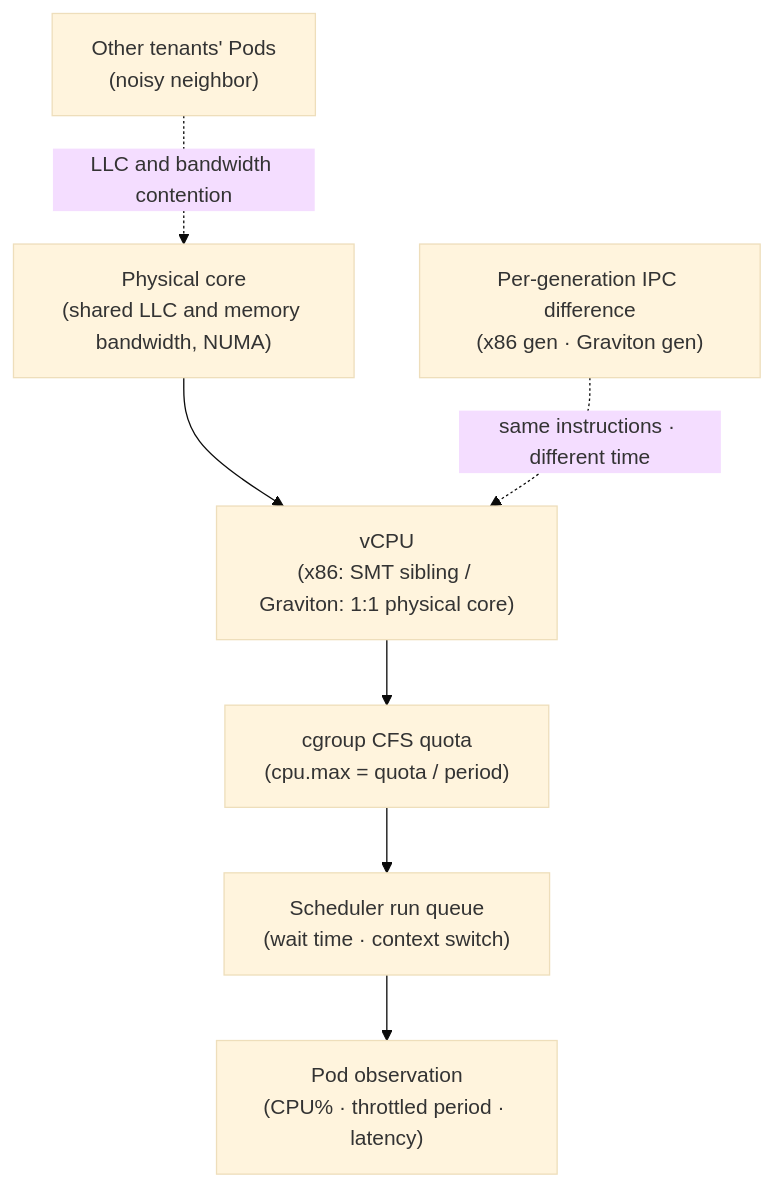
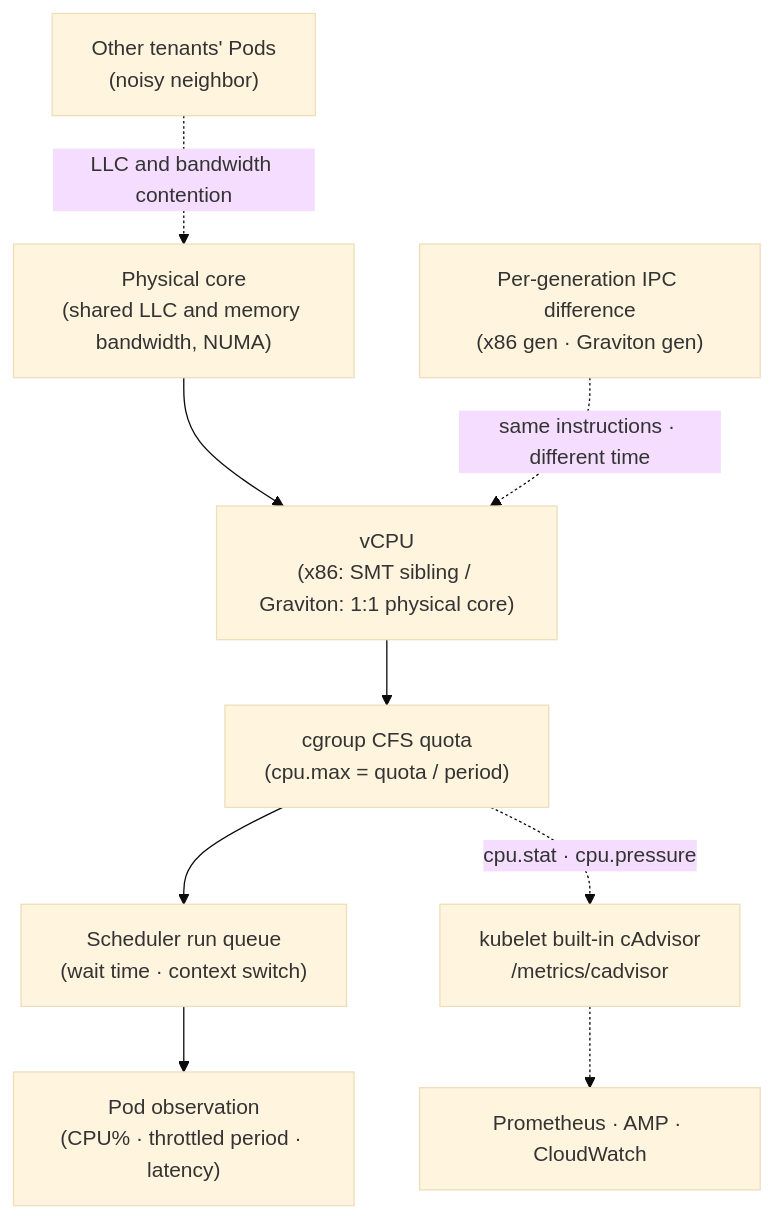
The diagram in i18n/en/docusaurus-plugin-content-docs/current/eks-best-practices/resource-cost/cpu-sizing-comparability.md (devfloor9/engineering-playbook), drawn with Mermaid (base theme) before and after one commit. The commit also changed other lines of this file and 3 other files, not shown here.

````diff
--- a/i18n/en/docusaurus-plugin-content-docs/current/eks-best-practices/resource-cost/cpu-sizing-comparability.md
+++ b/i18n/en/docusaurus-plugin-content-docs/current/eks-best-practices/resource-cost/cpu-sizing-comparability.md
@@ -48,9 +51,11 @@
 ```mermaid
 flowchart TB
     PC["Physical core<br/>(shared LLC and memory bandwidth, NUMA)"] --> VCPU["vCPU<br/>(x86: SMT sibling / Graviton: 1:1 physical core)"]
     VCPU --> CG["cgroup CFS quota<br/>(cpu.max = quota / period)"]
     CG --> RQ["Scheduler run queue<br/>(wait time · context switch)"]
     RQ --> OBS["Pod observation<br/>(CPU% · throttled period · latency)"]
     NOISE["Other tenants' Pods<br/>(noisy neighbor)"] -.->|LLC and bandwidth contention| PC
     IPC["Per-generation IPC difference<br/>(x86 gen · Graviton gen)"] -.->|same instructions · different time| VCPU
+    CG -.->|cpu.stat · cpu.pressure| MET["kubelet built-in cAdvisor<br/>/metrics/cadvisor"]
+    MET -.-> SINK["Prometheus · AMP · CloudWatch"]
 ```
````
